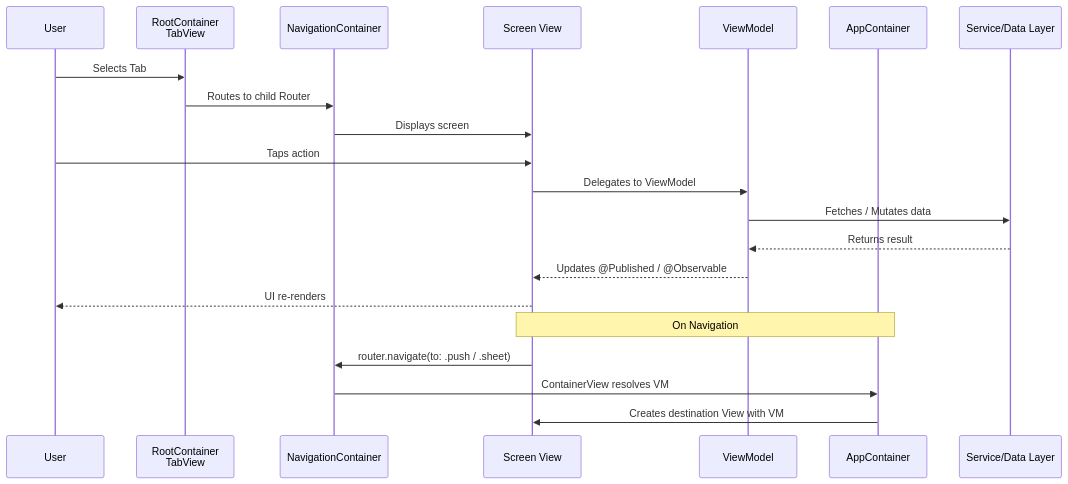
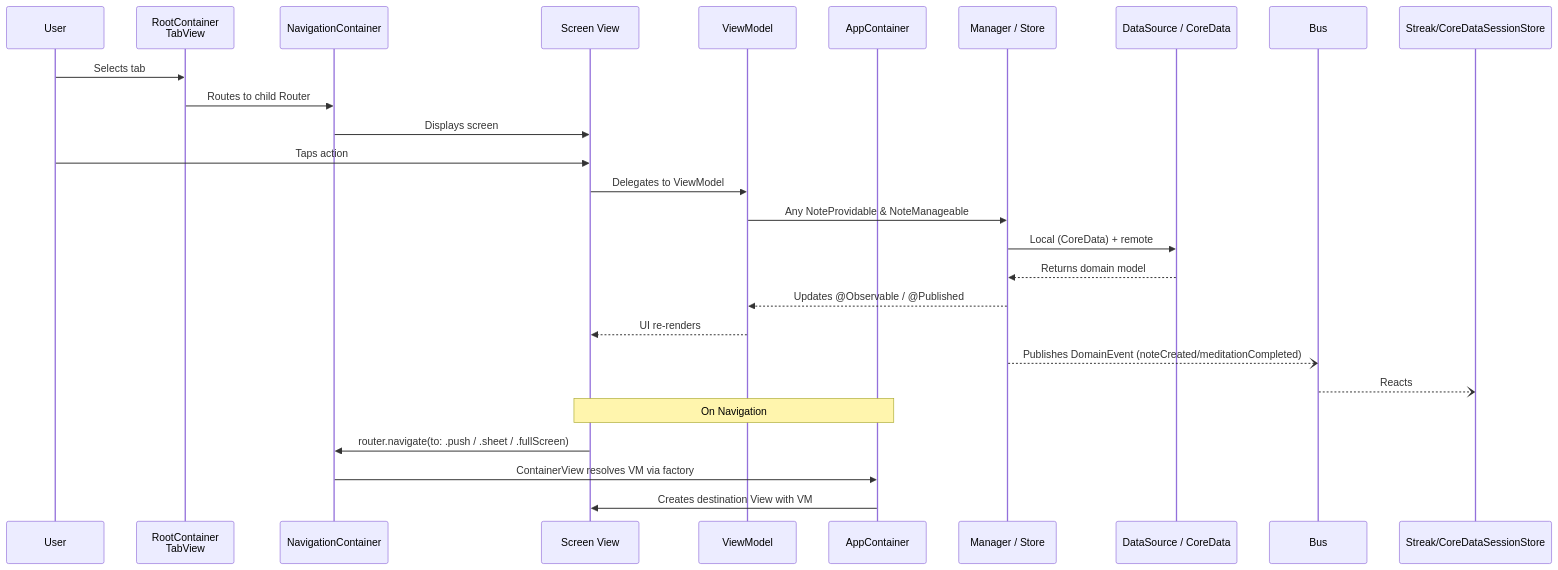
One commit to kwazzar/MeditateAndNote changed the seventh of 8 diagrams in ARCHITECTURE.md. Above: the diagram before and after it, drawn with Mermaid. The commit also changed other lines of this file and 16 other files, not shown here.

Commit message:
Make all persistence and view-model mutation paths Swift-concurrency safe (async, MainActor-isolated, actor-backed) across Core Data stores, StreakTracker, and meditation/note view models.

````diff
--- a/ARCHITECTURE.md
+++ b/ARCHITECTURE.md
@@ -178,26 +263,30 @@
 ```mermaid
 sequenceDiagram
     participant User
     participant Tab as RootContainer<br/>TabView
     participant Nav as NavigationContainer
     participant View as Screen View
     participant VM as ViewModel
     participant Container as AppContainer
-    participant Service as Service/Data Layer
+    participant Mgr as Manager / Store
+    participant DS as DataSource / CoreData
 
-    User->>Tab: Selects Tab
+    User->>Tab: Selects tab
     Tab->>Nav: Routes to child Router
     Nav->>View: Displays screen
 
     User->>View: Taps action
     View->>VM: Delegates to ViewModel
-    VM->>Service: Fetches / Mutates data
-    Service-->>VM: Returns result
-    VM-->>View: Updates @Published / @Observable
-    View-->>User: UI re-renders
+    VM->>Mgr: Any NoteProvidable & NoteManageable
+    Mgr->>DS: Local (CoreData) + remote
+    DS-->>Mgr: Returns domain model
+    Mgr-->>VM: Updates @Observable / @Published
+    VM-->>View: UI re-renders
+    Mgr--)Bus: Publishes DomainEvent (noteCreated/meditationCompleted)
+    Bus--)Streak/CoreDataSessionStore: Reacts
 
     Note over View,Container: On Navigation
-    View->>Nav: router.navigate(to: .push / .sheet)
-    Nav->>Container: ContainerView resolves VM
+    View->>Nav: router.navigate(to: .push / .sheet / .fullScreen)
+    Nav->>Container: ContainerView resolves VM via factory
     Container->>View: Creates destination View with VM
 ```
````
